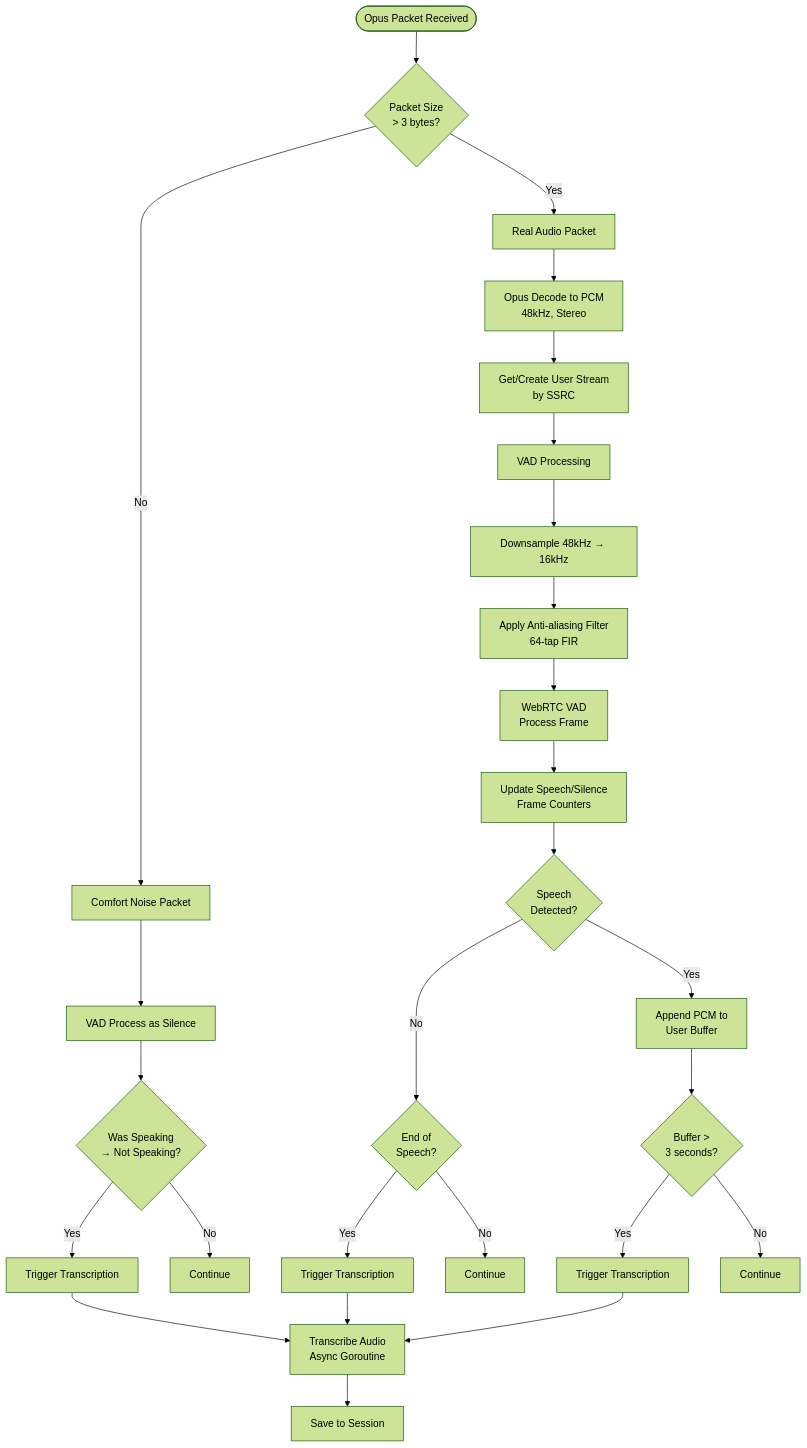
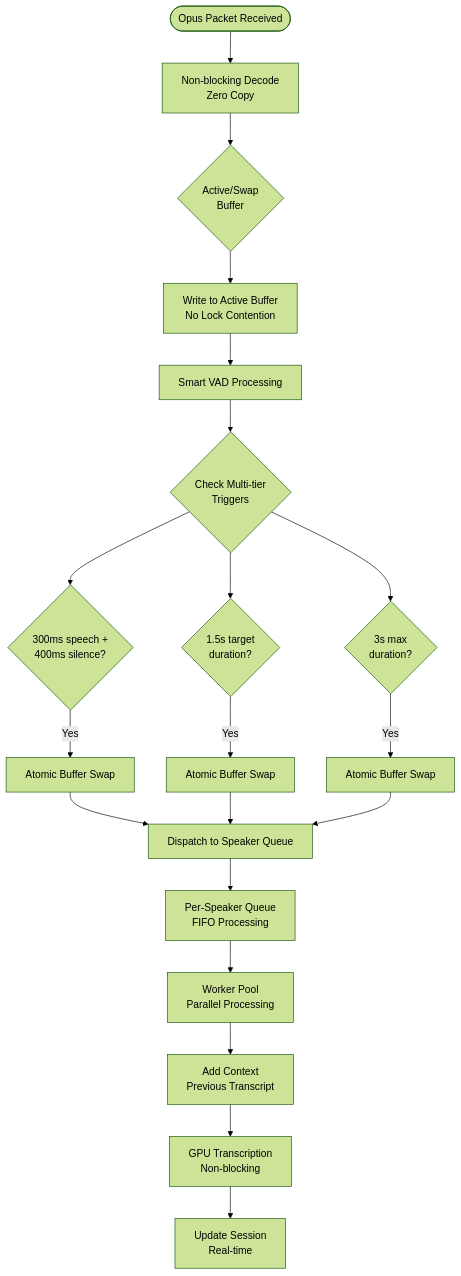
The fifth of 8 diagrams in ARCHITECTURE_DOCUMENTATION.md (fankserver/discord-voice-mcp), drawn with Mermaid (forest theme) before and after one commit. The commit also changed other lines of this file, not shown here.

First line of the commit message:
docs: update architecture documentation to reflect async pipeline design

````diff
--- a/ARCHITECTURE_DOCUMENTATION.md
+++ b/ARCHITECTURE_DOCUMENTATION.md
@@ -118,42 +164,32 @@
 ```mermaid
 flowchart TD
     Start([Opus Packet Received])
     
-    Start --> CheckPacket{Packet Size<br/>> 3 bytes?}
+    Start --> NonBlock[Non-blocking Decode<br/>Zero Copy]
+    NonBlock --> DualBuffer{Active/Swap<br/>Buffer}
     
-    CheckPacket -->|No| ComfortNoise[Comfort Noise Packet]
-    ComfortNoise --> VADSilence[VAD Process as Silence]
-    VADSilence --> CheckTransition{Was Speaking<br/>→ Not Speaking?}
-    CheckTransition -->|Yes| TriggerTranscript1[Trigger Transcription]
-    CheckTransition -->|No| Continue1[Continue]
+    DualBuffer --> Active[Write to Active Buffer<br/>No Lock Contention]
+    Active --> SmartVAD[Smart VAD Processing]
     
-    CheckPacket -->|Yes| RealAudio[Real Audio Packet]
-    RealAudio --> Decode[Opus Decode to PCM<br/>48kHz, Stereo]
+    SmartVAD --> CheckTrigger{Check Multi-tier<br/>Triggers}
     
-    Decode --> GetStream[Get/Create User Stream<br/>by SSRC]
-    GetStream --> VADProcess[VAD Processing]
+    CheckTrigger --> UltraResp{300ms speech +<br/>400ms silence?}
+    UltraResp -->|Yes| SwapBuffers1[Atomic Buffer Swap]
     
-    VADProcess --> Downsample[Downsample 48kHz → 16kHz]
-    Downsample --> ApplyFilter[Apply Anti-aliasing Filter<br/>64-tap FIR]
-    ApplyFilter --> WebRTCVAD[WebRTC VAD<br/>Process Frame]
+    CheckTrigger --> Target{1.5s target<br/>duration?}
+    Target -->|Yes| SwapBuffers2[Atomic Buffer Swap]
     
-    WebRTCVAD --> UpdateState[Update Speech/Silence<br/>Frame Counters]
-    UpdateState --> CheckSpeech{Speech<br/>Detected?}
+    CheckTrigger --> Max{3s max<br/>duration?}
+    Max -->|Yes| SwapBuffers3[Atomic Buffer Swap]
     
-    CheckSpeech -->|Yes| AppendBuffer[Append PCM to<br/>User Buffer]
-    CheckSpeech -->|No| CheckEndSpeech{End of<br/>Speech?}
+    SwapBuffers1 --> Dispatch[Dispatch to Speaker Queue]
+    SwapBuffers2 --> Dispatch
+    SwapBuffers3 --> Dispatch
     
-    CheckEndSpeech -->|Yes| TriggerTranscript2[Trigger Transcription]
-    CheckEndSpeech -->|No| Continue2[Continue]
+    Dispatch --> SpeakerQueue[Per-Speaker Queue<br/>FIFO Processing]
+    SpeakerQueue --> WorkerPool[Worker Pool<br/>Parallel Processing]
     
-    AppendBuffer --> CheckSize{Buffer ><br/>3 seconds?}
-    CheckSize -->|Yes| TriggerTranscript3[Trigger Transcription]
-    CheckSize -->|No| Continue3[Continue]
-    
-    TriggerTranscript1 --> Transcribe
-    TriggerTranscript2 --> Transcribe
-    TriggerTranscript3 --> Transcribe
-    
-    Transcribe[Transcribe Audio<br/>Async Goroutine]
-    Transcribe --> SaveSession[Save to Session]
+    WorkerPool --> Context[Add Context<br/>Previous Transcript]
+    Context --> Transcribe[GPU Transcription<br/>Non-blocking]
+    Transcribe --> Session[Update Session<br/>Real-time]
 ```
````
